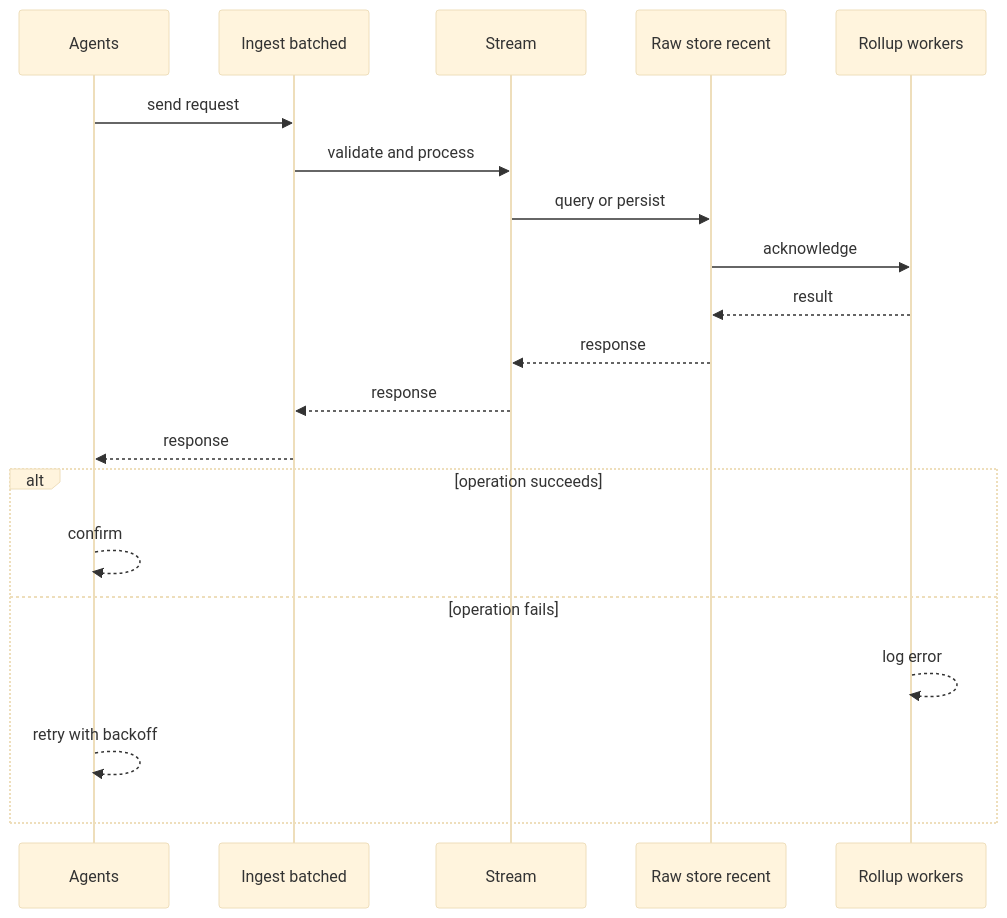
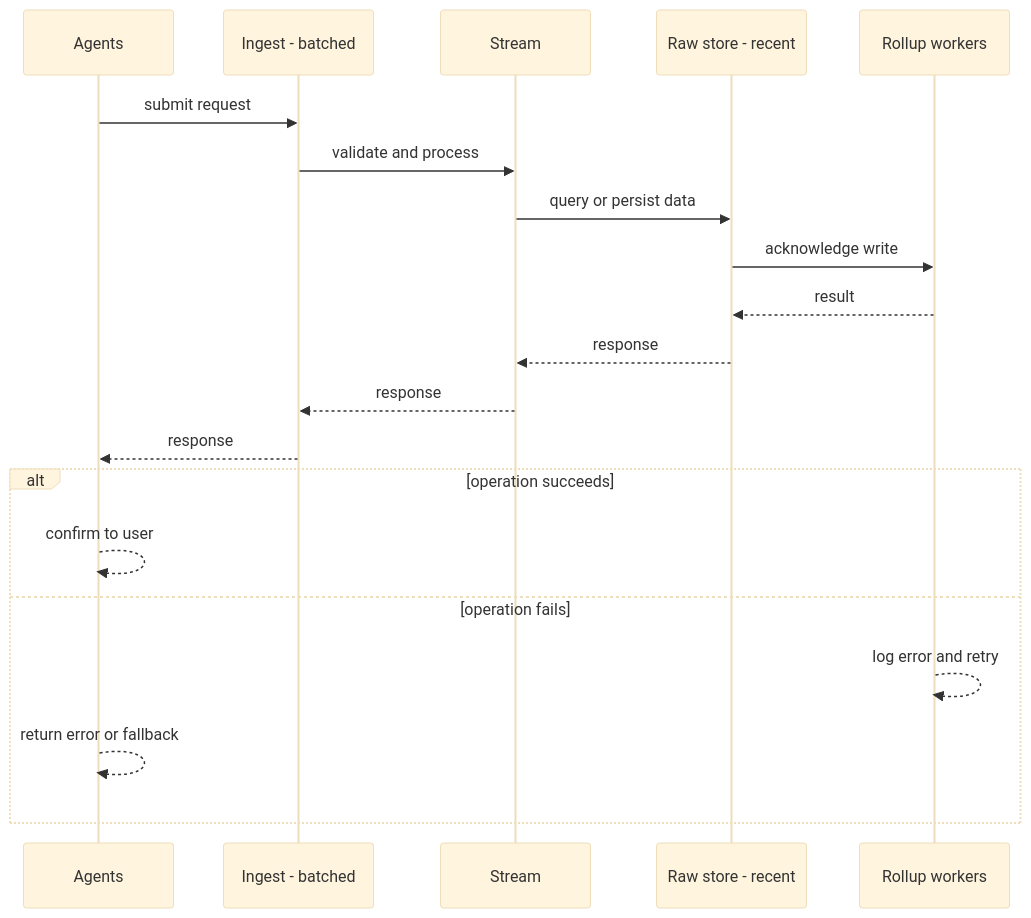
One commit to RIT-MESH/system-design-mastery changed the second of 4 diagrams in case-studies/advanced/metrics-platform.md. Above: the diagram before and after it, drawn with Mermaid (base theme). The commit also changed other lines of this file and 127 other files, not shown here.

First line of the commit message:
Improve all case study diagrams: case-specific sequences, fix truncated labels

````diff
--- a/case-studies/advanced/metrics-platform.md
+++ b/case-studies/advanced/metrics-platform.md
@@ -74,23 +74,23 @@
 ```mermaid
 %% created-for: system-design-mastery
 sequenceDiagram
-  participant C0 as Agents
-  participant C1 as Ingest batched
-  participant C2 as Stream
-  participant C3 as Raw store recent
-  participant C4 as Rollup workers
-  C0 ->> C1: send request
-  C1 ->> C2: validate and process
-  C2 ->> C3: query or persist
-  C3 ->> C4: acknowledge
-  C4 -->> C3: result
-  C3 -->> C2: response
-  C2 -->> C1: response
-  C1 -->> C0: response
+  participant P0 as Agents
+  participant P1 as Ingest - batched
+  participant P2 as Stream
+  participant P3 as Raw store - recent
+  participant P4 as Rollup workers
+  P0 ->> P1: submit request
+  P1 ->> P2: validate and process
+  P2 ->> P3: query or persist data
+  P3 ->> P4: acknowledge write
+  P4 -->> P3: result
+  P3 -->> P2: response
+  P2 -->> P1: response
+  P1 -->> P0: response
   alt operation succeeds
-    C0 -->> C0: confirm
+    P0 -->> P0: confirm to user
   else operation fails
-    C4 -->> C4: log error
-    C0 -->> C0: retry with backoff
+    P4 -->> P4: log error and retry
+    P0 -->> P0: return error or fallback
   end
 ```
````
